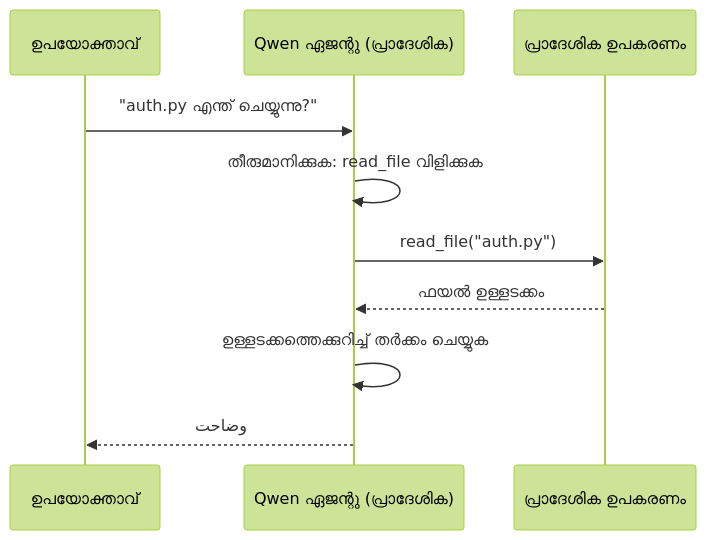
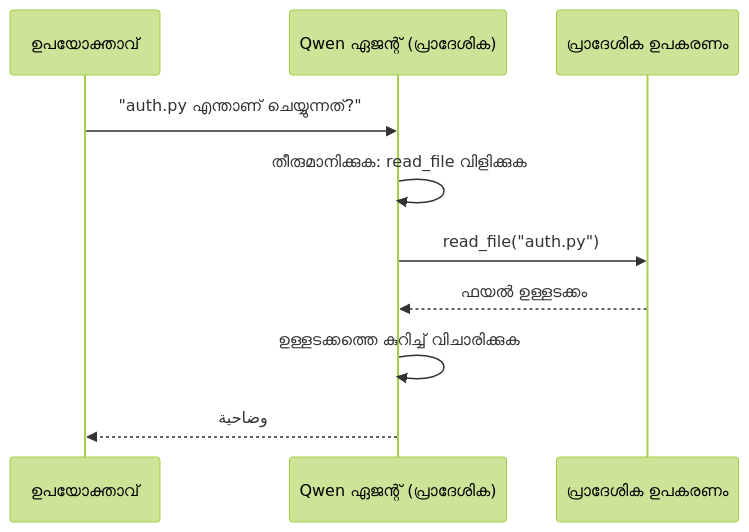
One commit to microsoft/ai-agents-for-beginners changed the second of 4 diagrams in translations/ml/17-creating-local-ai-agents/README.md. Above: the diagram before and after it, drawn with Mermaid (forest theme). The commit also changed other lines of this file and 43 other files, not shown here.

````diff
--- a/translations/ml/17-creating-local-ai-agents/README.md
+++ b/translations/ml/17-creating-local-ai-agents/README.md
@@ -106,12 +106,12 @@
 ```mermaid
 sequenceDiagram
     participant U as ഉപയോക്താവ്
-    participant A as Qwen ഏജന്റു (പ്രാദേശിക)
+    participant A as Qwen ഏജന്റ് (പ്രാദേശിക)
     participant T as പ്രാദേശിക ഉപകരണം
-    U->>A: "auth.py എന്ത് ചെയ്യുന്നു?"
+    U->>A: "auth.py എന്താണ് ചെയ്യുന്നത്?"
     A->>A: തീരുമാനിക്കുക: read_file വിളിക്കുക
     A->>T: read_file("auth.py")
     T-->>A: ഫയൽ ഉള്ളടക്കം
-    A->>A: ഉള്ളടക്കത്തെക്കുറിച്ച് തർക്കം ചെയ്യുക
-    A-->>U: وضاحت
+    A->>A: ഉള്ളടക്കത്തെ കുറിച്ച് വിചാരിക്കുക
+    A-->>U: وضاحية
 ```
````
